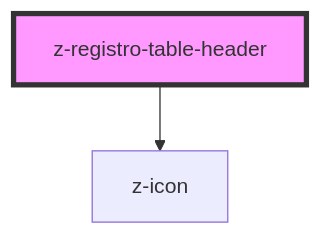
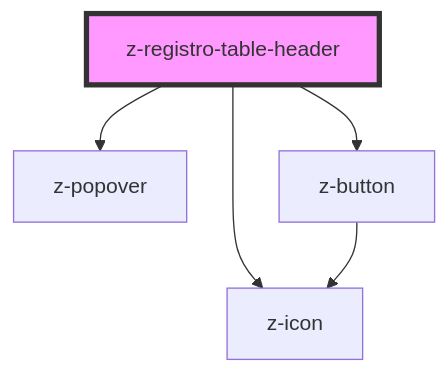
Before and after one commit to ZanichelliEditore/design-system: the diagram in src/snowflakes/registro-table/z-registro-table-header/readme.md, drawn with Mermaid. The commit also changed other lines of this file and 4 other files, not shown here.

Commit message:
test(CLAV-69): Add test to z-registro-table-header

````diff
--- a/src/snowflakes/registro-table/z-registro-table-header/readme.md
+++ b/src/snowflakes/registro-table/z-registro-table-header/readme.md
@@ -27,5 +32,8 @@
 ```mermaid
 graph TD;
   z-registro-table-header --> z-icon
+  z-registro-table-header --> z-popover
+  z-registro-table-header --> z-button
+  z-button --> z-icon
   style z-registro-table-header fill:#f9f,stroke:#333,stroke-width:4px
 ```
````
